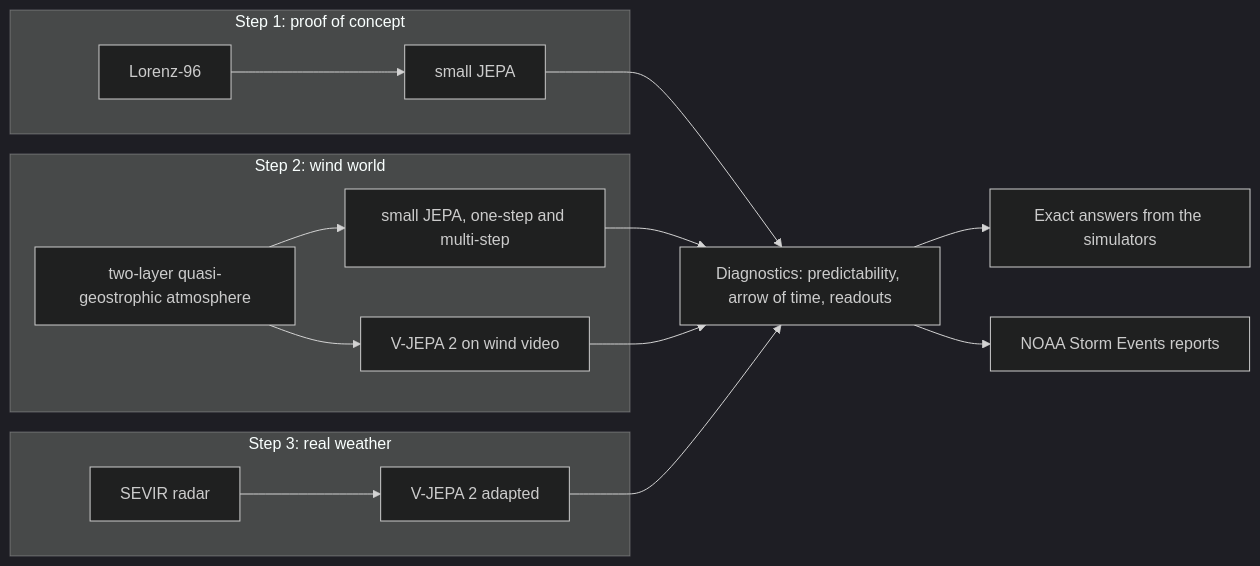
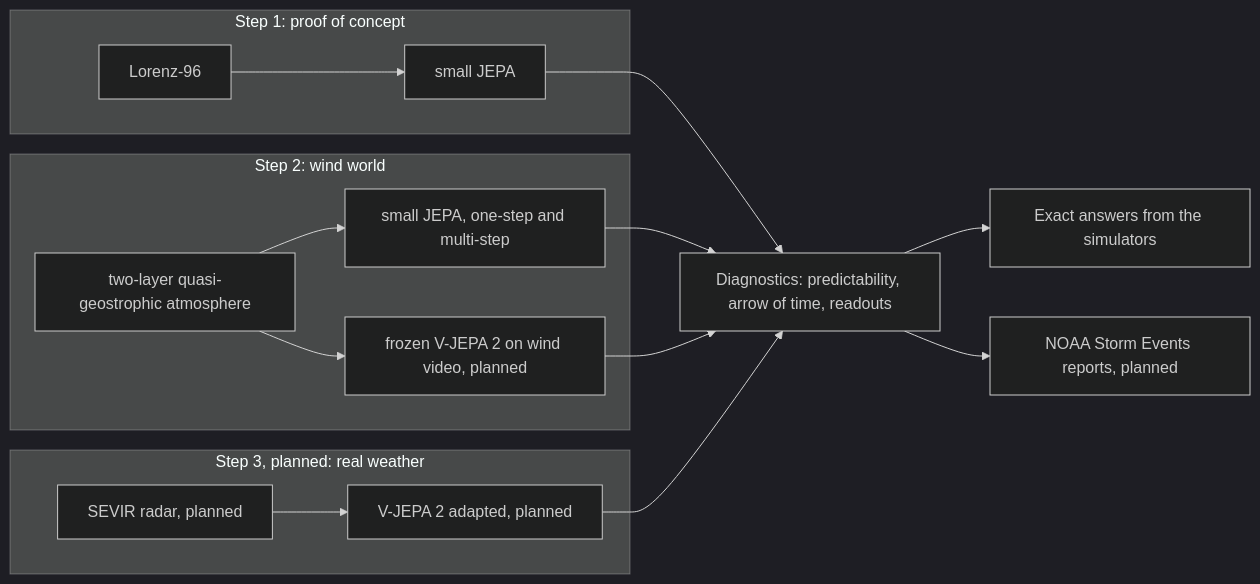
The diagram in README.md (gabrielkpo/weather-world-model), drawn with Mermaid (dark theme) before and after one commit. The commit also changed other lines of this file and 6 other files, not shown here.

````diff
--- a/README.md
+++ b/README.md
@@ -19,20 +19,19 @@
 ```mermaid
 flowchart LR
-    %% subgraphs are declared last to first: Mermaid stacks them in reverse order
-    subgraph S3[Step 3: real weather]
-        SEVIR[SEVIR radar] --> VJ3[V-JEPA 2 adapted]
+    subgraph S3[Step 3, planned: real weather]
+        SEVIR[SEVIR radar, planned] --> VJ3[V-JEPA 2 adapted, planned]
     end
     subgraph S2[Step 2: wind world]
         QG[two-layer quasi-geostrophic atmosphere] --> JS2[small JEPA, one-step and multi-step]
-        QG --> VJ2[V-JEPA 2 on wind video]
+        QG --> VJ2[frozen V-JEPA 2 on wind video, planned]
     end
     subgraph S1[Step 1: proof of concept]
         L96[Lorenz-96] --> JS1[small JEPA]
     end
     JS1 --> D[Diagnostics: predictability, arrow of time, readouts]
     JS2 --> D
     VJ2 --> D
     VJ3 --> D
     D --> TRUTH[Exact answers from the simulators]
-    D --> NOAA[NOAA Storm Events reports]
+    D --> NOAA[NOAA Storm Events reports, planned]
 ```
````
